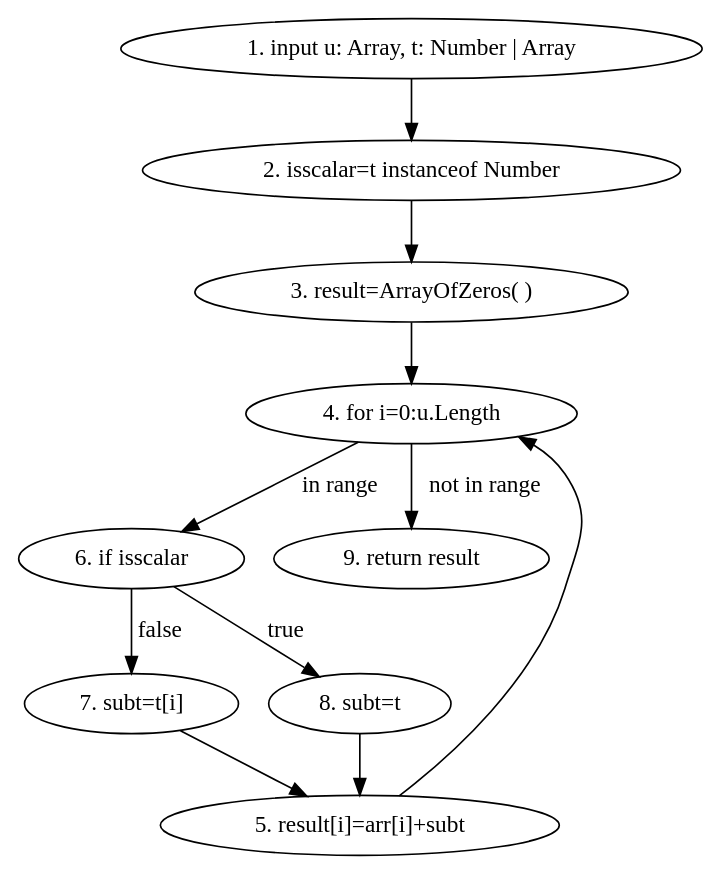
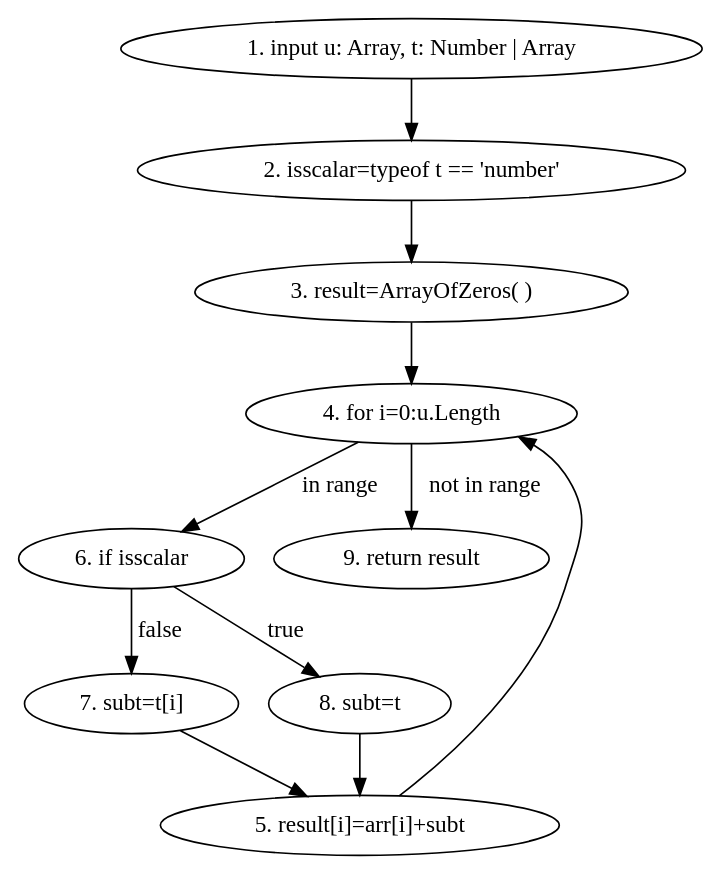
Before and after one commit to drakexcaptainop/p5t: the diagram in test_graphs/scripts/vector/arrayAdd.dot, drawn with Graphviz. The commit also changed 30 other files, not shown here.

```diff
--- a/test_graphs/scripts/vector/arrayAdd.dot
+++ b/test_graphs/scripts/vector/arrayAdd.dot
@@ -1,20 +1,20 @@
 digraph G {
     INP [label="1. input u: Array, t: Number | Array"]
-    ISS [label="2. isscalar=t instanceof Number"]
+    ISS [label="2. isscalar=typeof t == 'number'"]
     RES [label="3. result=ArrayOfZeros( )"]
     FOR [label="4. for i=0:u.Length"]
     ADD [label="5. result[i]=arr[i]+subt"]
     IF [label="6. if isscalar"]
     SUBT1 [label="7. subt=t[i]"]
     SUBT2 [label="8. subt=t"]
     RET [label="9. return result"]
 
     INP -> ISS -> RES -> FOR 
     FOR -> IF [label="in range"]
     IF -> SUBT2 [label="true"]
     IF -> SUBT1 [label="false"]
     SUBT2 -> ADD
     SUBT1 -> ADD 
     FOR -> RET [label="not in range"]
     ADD -> FOR
 }
```
